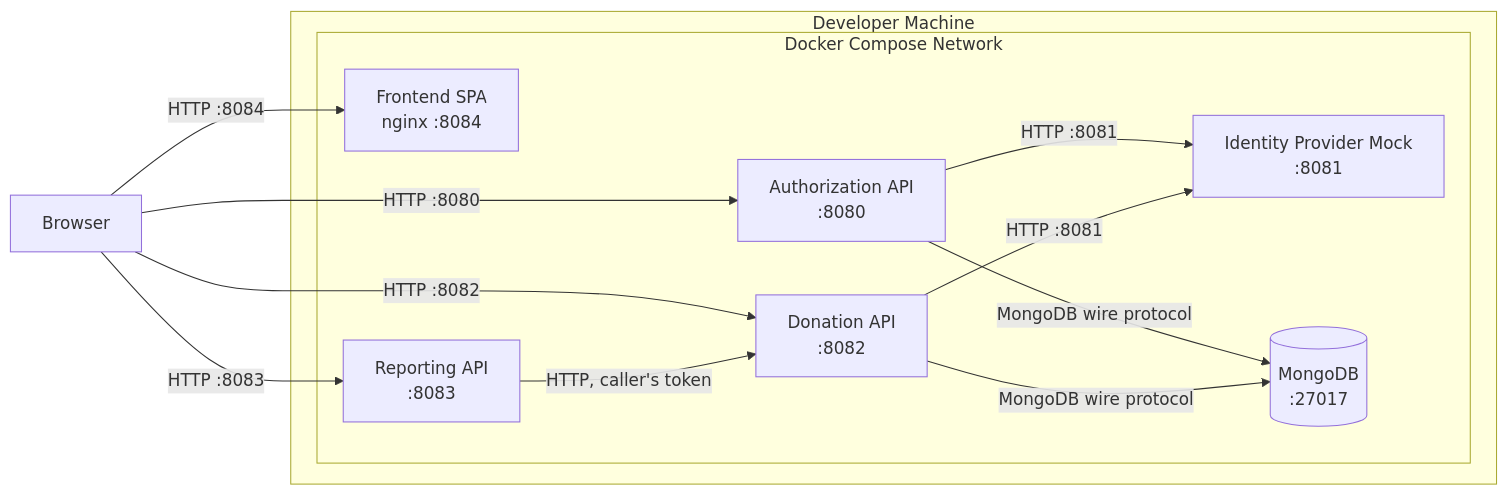
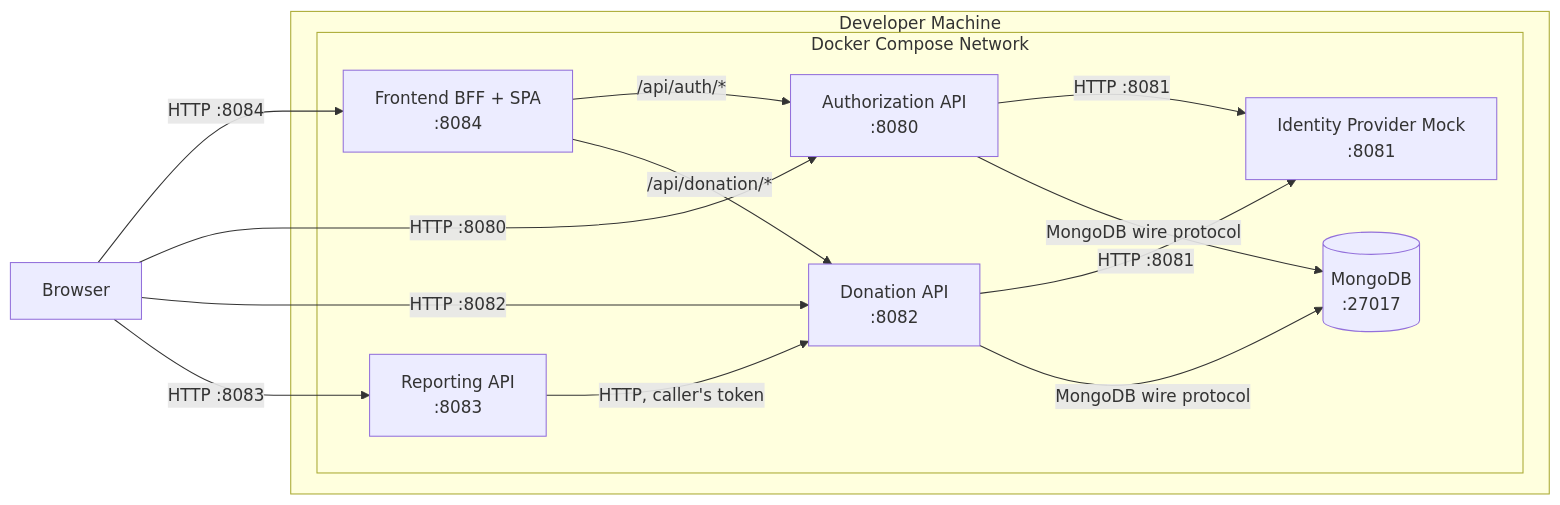
One commit to wouterfennis/TimeForCode changed the first of 3 diagrams in docs/architecture/arc42/07-deployment-view.md. Above: the diagram before and after it, drawn with Mermaid. The commit also changed other lines of this file and 39 other files, not shown here.

First line of the commit message:
feat(frontend): serve the SPA from a BFF host that forwards API calls with the bearer token (#182)

````diff
--- a/docs/architecture/arc42/07-deployment-view.md
+++ b/docs/architecture/arc42/07-deployment-view.md
@@ -15,23 +15,25 @@
 ```mermaid
 graph LR
     subgraph Developer Machine
         subgraph Docker Compose Network
-            Frontend["Frontend SPA\nnginx :8084"]
+            Frontend["Frontend BFF + SPA\n:8084"]
             AuthAPI["Authorization API\n:8080"]
             IdpMock["Identity Provider Mock\n:8081"]
             DonationAPI["Donation API\n:8082"]
             ReportingAPI["Reporting API\n:8083"]
             MongoDB[("MongoDB\n:27017")]
         end
     end
 
     Browser["Browser"] -->|HTTP :8084| Frontend
     Browser -->|HTTP :8080| AuthAPI
     Browser -->|HTTP :8082| DonationAPI
     Browser -->|HTTP :8083| ReportingAPI
     ReportingAPI -->|HTTP, caller's token| DonationAPI
     AuthAPI -->|HTTP :8081| IdpMock
     DonationAPI -->|HTTP :8081| IdpMock
+    Frontend -->|/api/auth/*| AuthAPI
+    Frontend -->|/api/donation/*| DonationAPI
     AuthAPI -->|MongoDB wire protocol| MongoDB
     DonationAPI -->|MongoDB wire protocol| MongoDB
 ```
````
